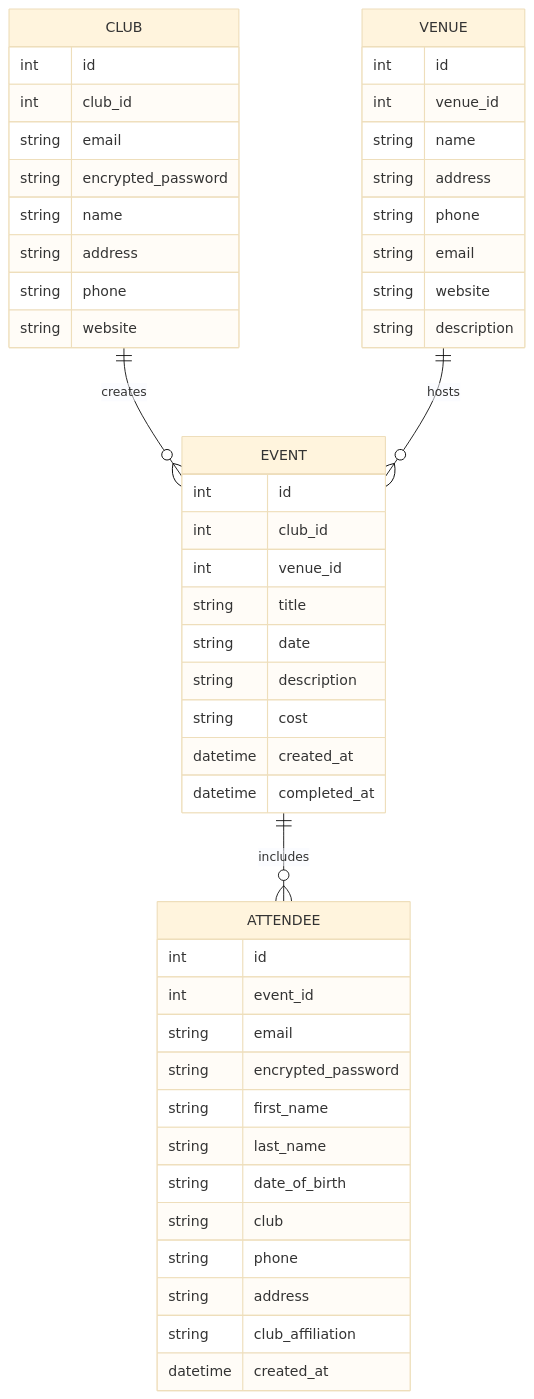
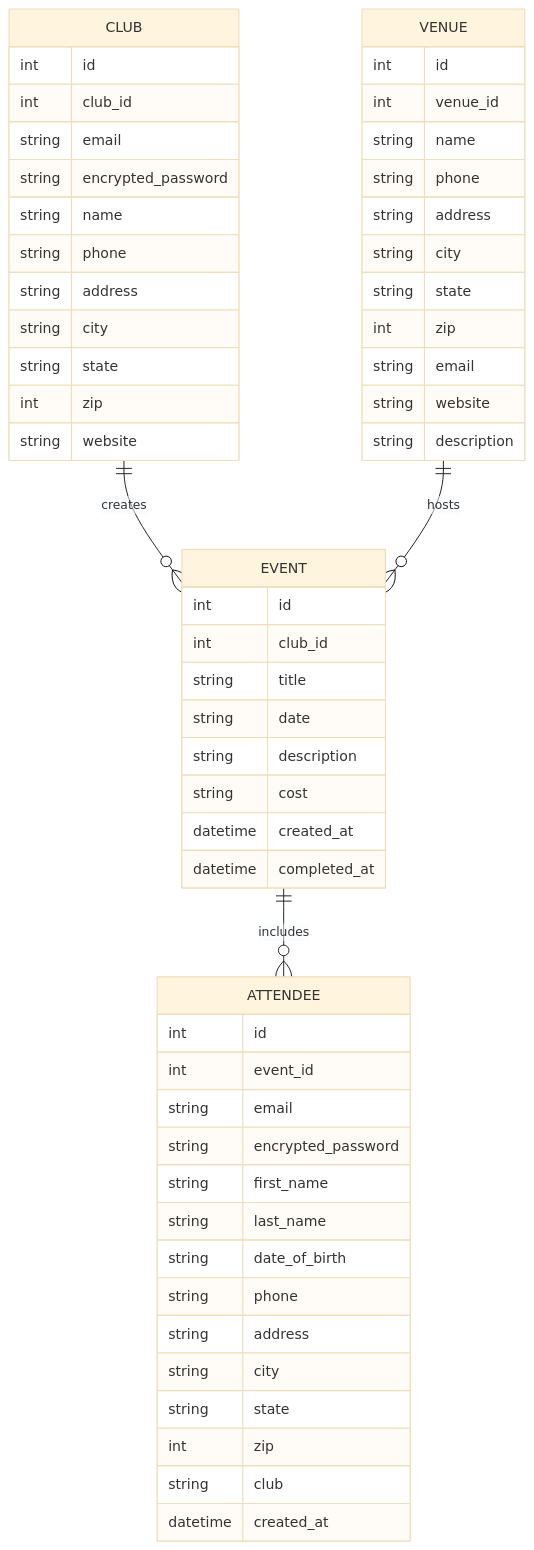
One commit to wildintu/scene changed the second of 2 diagrams in README.md. Above: the diagram before and after it, drawn with Mermaid (base theme).

Commit message:
Update ERD

````diff
--- a/README.md
+++ b/README.md
@@ -13,51 +13,58 @@
 ```mermaid
     erDiagram
         CLUB ||--o{ EVENT : creates
         CLUB {
             int id
             int club_id
             string email
             string encrypted_password
             string name
+            string phone
             string address
-            string phone
+            string city
+            string state
+            int    zip
             string website
         }
         VENUE ||--o{ EVENT : hosts
         VENUE {
             int id
             int venue_id
             string name
+            string phone
             string address
-            string phone
+            string city
+            string state
+            int    zip
             string email
             string website
             string description
         }
         EVENT ||--o{ ATTENDEE : includes
         EVENT {
             int id
             int club_id
-            int venue_id
             string title
             string date
             string description
             string cost
             datetime created_at
             datetime completed_at
         }
         ATTENDEE {
             int id
             int event_id
             string email
             string encrypted_password
             string first_name
             string last_name
             string date_of_birth
-            string club
             string phone
             string address
-            string club_affiliation
+            string city
+            string state
+            int    zip
+            string club
             datetime created_at
         }
 ```
````
